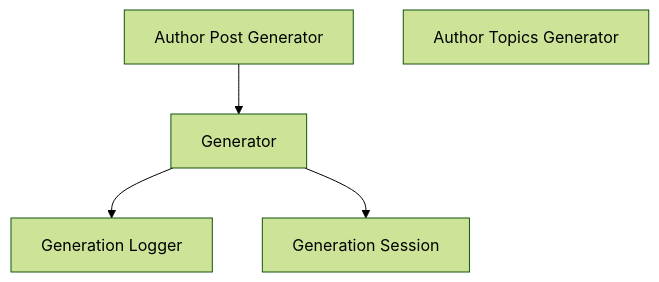
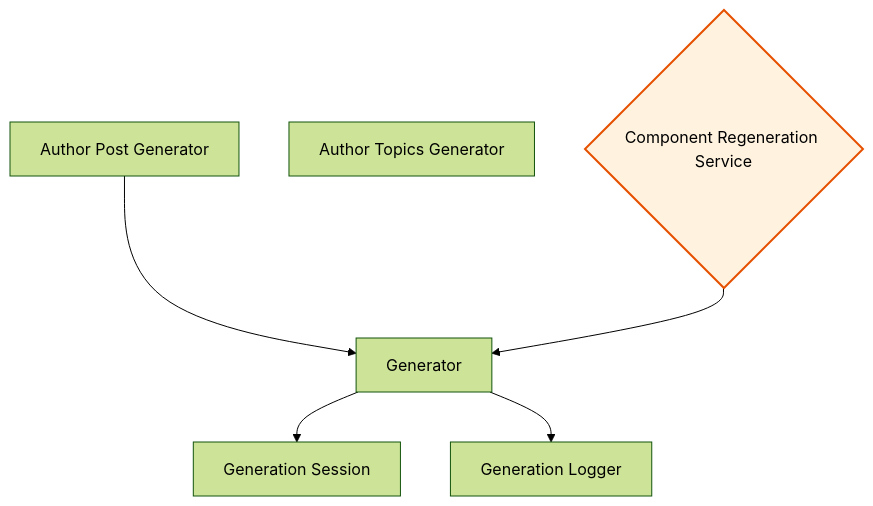
The second of 10 diagrams in docs/feature-report.md (rpnunez/wp-ai-scheduler), drawn with Mermaid (forest theme) before and after one commit. The commit also changed other lines of this file and 3 other files, not shown here.

````diff
--- a/docs/feature-report.md
+++ b/docs/feature-report.md
@@ -100,18 +101,21 @@
 ```mermaid
 flowchart TD
     %% Core Generation Architecture
 
     Author_Post_Generator["Author Post Generator"]
     Author_Topics_Generator["Author Topics Generator"]
+    Component_Regeneration_Service{"Component Regeneration Service"}
     Generation_Logger["Generation Logger"]
     Generation_Session["Generation Session"]
     Generator["Generator"]
 
     Author_Post_Generator --> Generator
+    Component_Regeneration_Service --> Generator
+    Generator --> Generation_Session
     Generator --> Generation_Logger
-    Generator --> Generation_Session
 
     classDef repository fill:#e1f5ff,stroke:#01579b,stroke-width:2px
     classDef service fill:#fff3e0,stroke:#e65100,stroke-width:2px
     classDef controller fill:#f3e5f5,stroke:#4a148c,stroke-width:2px
+    class Component_Regeneration_Service service
 ```
````
